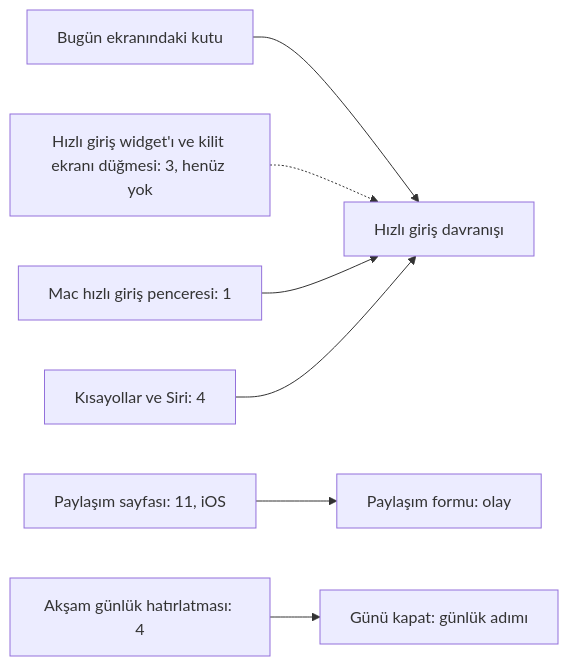
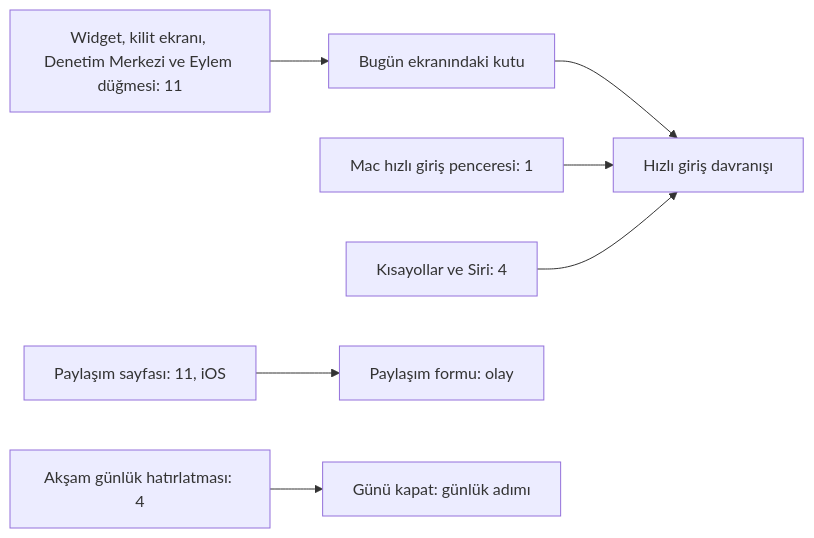
One commit to dogancanyildiz/kenet changed diagram 15 of 18 in docs/screens.md. Above: the diagram before and after it, drawn with Mermaid. The commit also changed other lines of this file and 23 other files, not shown here.

First line of the commit message:
feat: hızlı giriş giriş noktaları; Yaz widget'ı, kilit ekranı, Denetim Merkezi kontrolü ve Eylem düğmesi (#360)

````diff
--- a/docs/screens.md
+++ b/docs/screens.md
@@ -1307,9 +1309,9 @@
 ```mermaid
 flowchart LR
     Kutu[Bugün ekranındaki kutu] --> HG[Hızlı giriş davranışı]
-    Widget[Hızlı giriş widget'ı ve kilit ekranı düğmesi: 3, henüz yok] -.-> HG
+    Widget[Widget, kilit ekranı, Denetim Merkezi ve Eylem düğmesi: 11] --> Kutu
     MacPencere[Mac hızlı giriş penceresi: 1] --> HG
     Siri[Kısayollar ve Siri: 4] --> HG
     Paylasim[Paylaşım sayfası: 11, iOS] --> Form[Paylaşım formu: olay]
     Bildirim[Akşam günlük hatırlatması: 4] --> GunuKapat[Günü kapat: günlük adımı]
 ```
````
